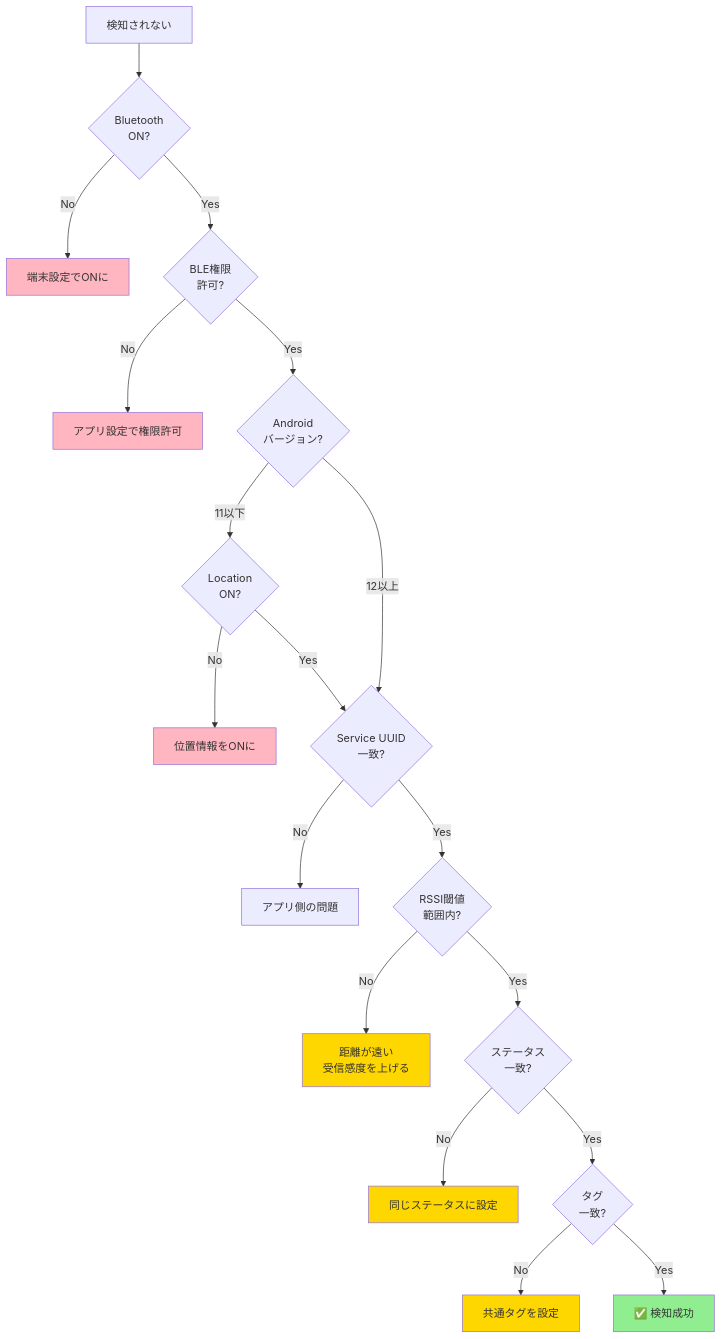
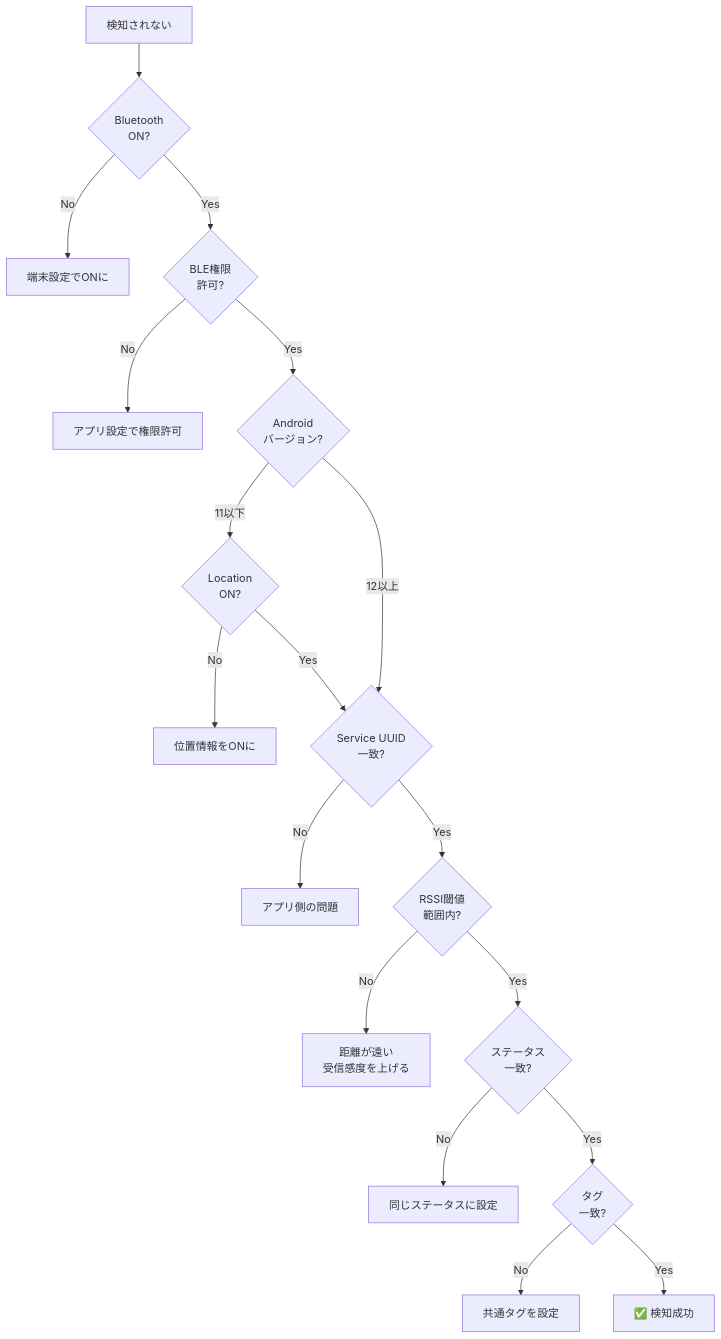
Before and after one commit to razy6174/EnCounter: diagram 14 of 14 in docs/backend-specification.md, drawn with Mermaid. The commit also changed other lines of this file and 1 other file, not shown here.

````diff
--- a/docs/backend-specification.md
+++ b/docs/backend-specification.md
@@ -977,34 +961,26 @@
 ```mermaid
 flowchart TD
     A["検知されない"] --> B{Bluetooth<br/>ON?}
     B -->|No| B1["端末設定でONに"]
     B -->|Yes| C{BLE権限<br/>許可?}
     
     C -->|No| C1["アプリ設定で権限許可"]
     C -->|Yes| D{Android<br/>バージョン?}
     
     D -->|11以下| E{Location<br/>ON?}
     E -->|No| E1["位置情報をONに"]
     E -->|Yes| F
     D -->|12以上| F
     
     F{Service UUID<br/>一致?} -->|No| F1["アプリ側の問題"]
     F -->|Yes| G{RSSI閾値<br/>範囲内?}
     
     G -->|No| G1["距離が遠い<br/>受信感度を上げる"]
     G -->|Yes| H{ステータス<br/>一致?}
     
     H -->|No| H1["同じステータスに設定"]
     H -->|Yes| I{タグ<br/>一致?}
     
     I -->|No| I1["共通タグを設定"]
     I -->|Yes| J["✅ 検知成功"]
-    
-    style J fill:#90EE90
-    style B1 fill:#FFB6C1
-    style C1 fill:#FFB6C1
-    style E1 fill:#FFB6C1
-    style G1 fill:#FFD700
-    style H1 fill:#FFD700
-    style I1 fill:#FFD700
 ```
````
